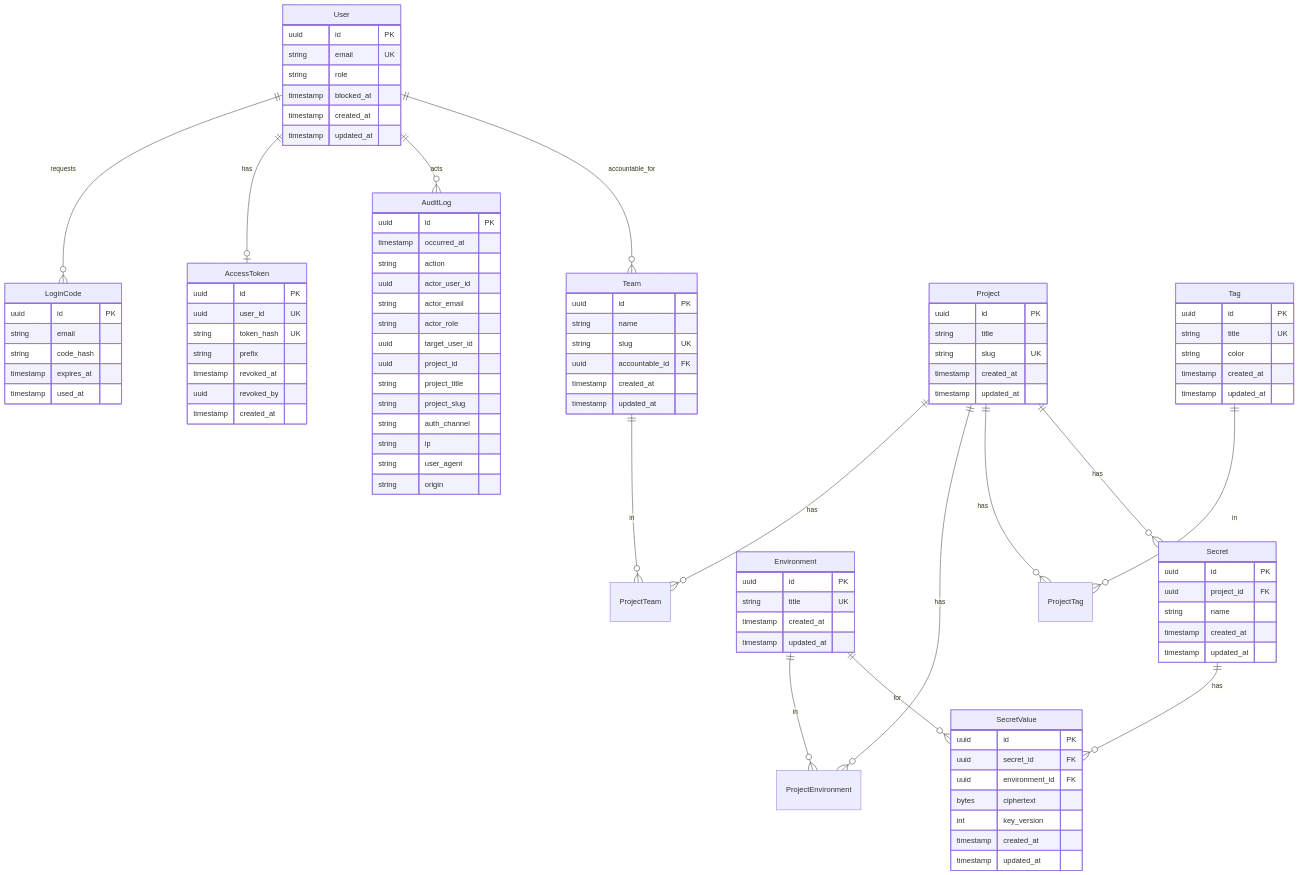
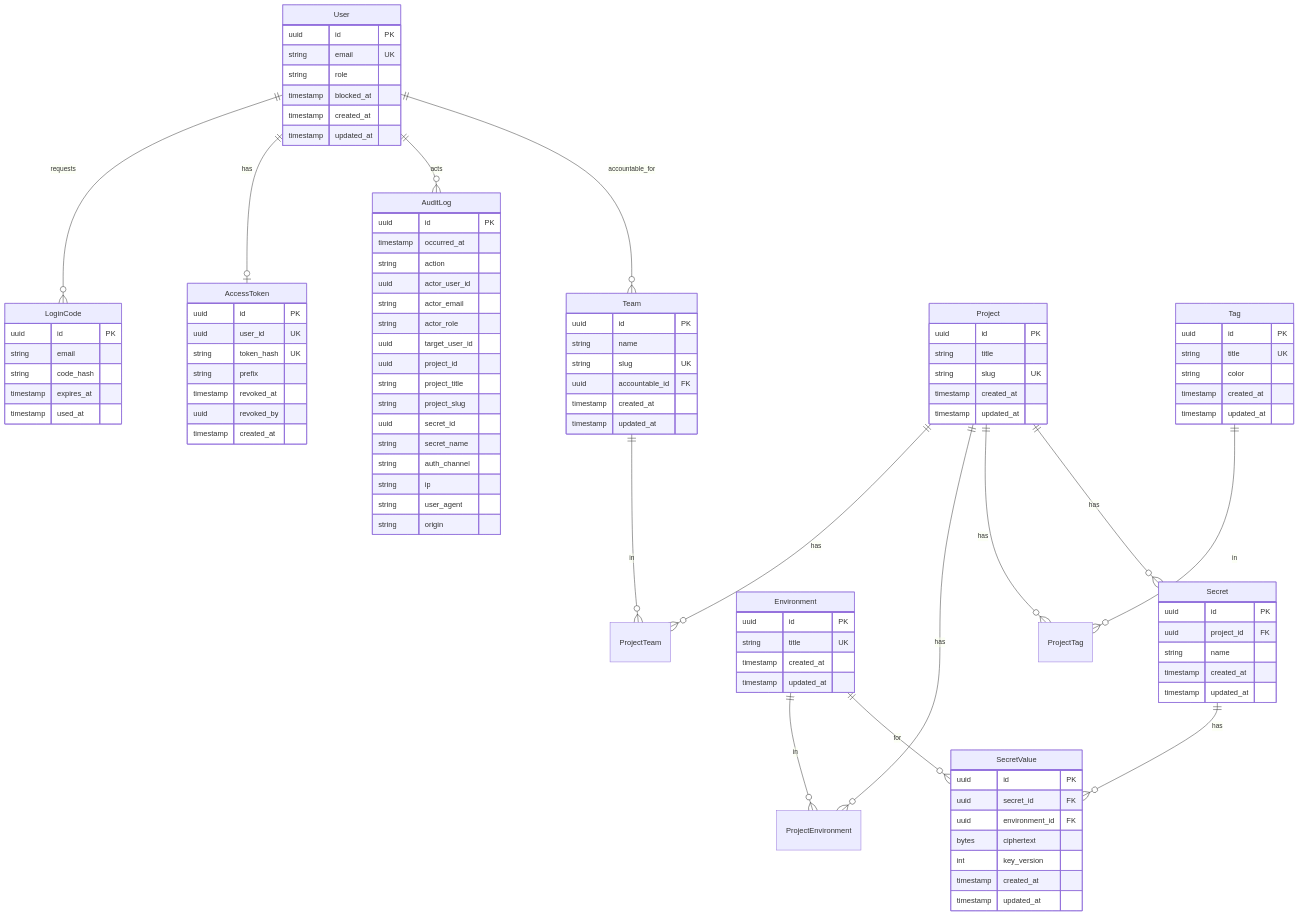
The second of 2 diagrams in docs/architecture.md (vmarinho22/envm-vault), drawn with Mermaid before and after one commit. The commit also changed other lines of this file and 12 other files, not shown here.

Commit message:
feat: extend audit logging to include secret details, adding secret ID and name to audit logs for enhanced traceability

```diff
--- a/docs/architecture.md
+++ b/docs/architecture.md
@@ -248,6 +248,8 @@
     uuid project_id
     string project_title
     string project_slug
+    uuid secret_id
+    string secret_name
     string auth_channel
     string ip
     string user_agent
```
